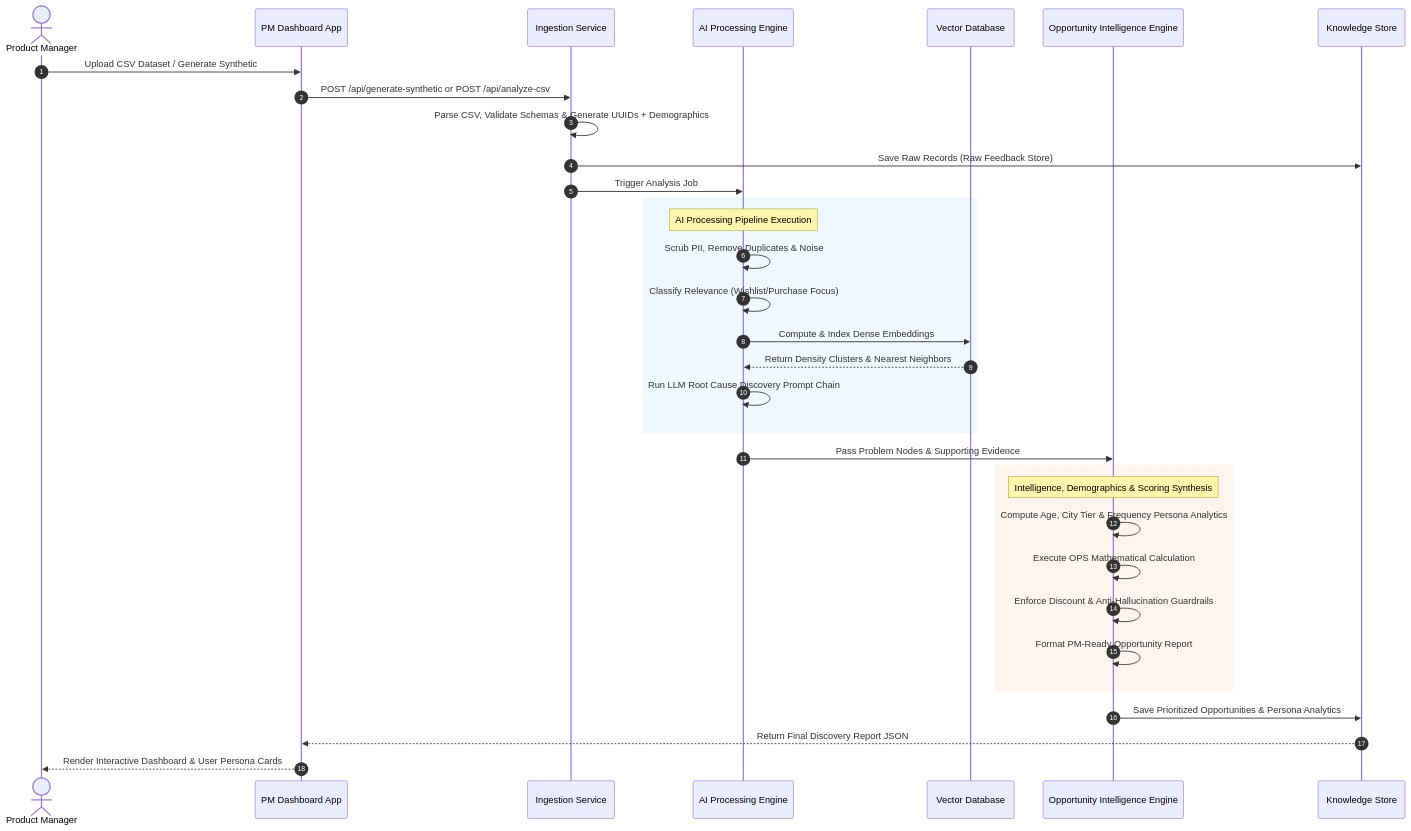
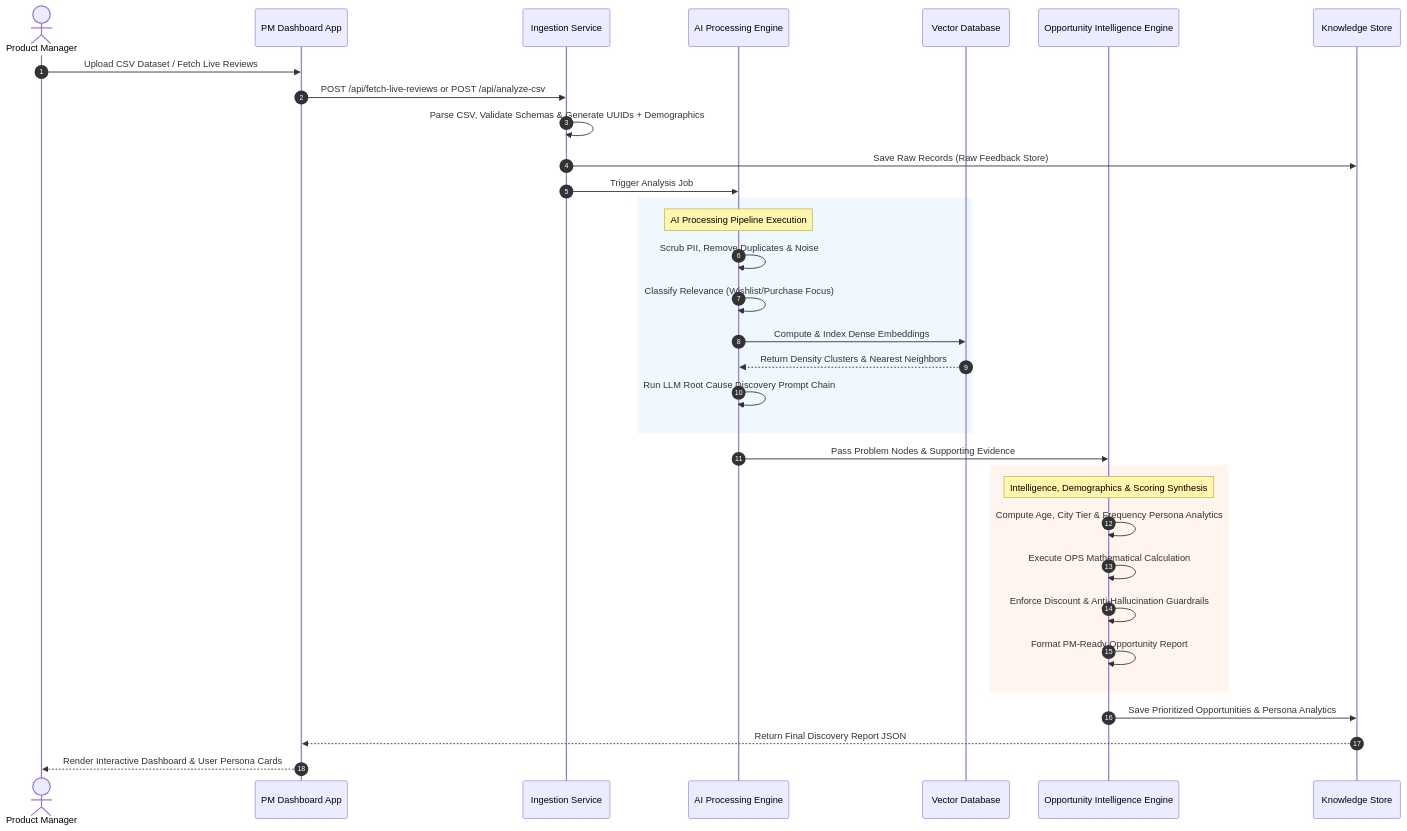
The fourth of 7 diagrams in architecture.md (Teja-Nimushakavi/AI-Powered-Discovery-Engine), drawn with Mermaid before and after one commit. The commit also changed other lines of this file and 16 other files, not shown here.

Commit message:
Replace synthetic generation with live multi-source web scraper

````diff
--- a/architecture.md
+++ b/architecture.md
@@ -229,40 +229,40 @@
 ```mermaid
 sequenceDiagram
     autonumber
     actor PM as Product Manager
     participant UI as PM Dashboard App
     participant Layer1 as Ingestion Service
     participant Layer2 as AI Processing Engine
     participant VectorDB as Vector Database
     participant Layer3 as Opportunity Intelligence Engine
     participant DB as Knowledge Store
 
-    PM->>UI: Upload CSV Dataset / Generate Synthetic
-    UI->>Layer1: POST /api/generate-synthetic or POST /api/analyze-csv
+    PM->>UI: Upload CSV Dataset / Fetch Live Reviews
+    UI->>Layer1: POST /api/fetch-live-reviews or POST /api/analyze-csv
     Layer1->>Layer1: Parse CSV, Validate Schemas & Generate UUIDs + Demographics
     Layer1->>DB: Save Raw Records (Raw Feedback Store)
     Layer1->>Layer2: Trigger Analysis Job
     
     rect rgb(240, 248, 255)
         note over Layer2: AI Processing Pipeline Execution
         Layer2->>Layer2: Scrub PII, Remove Duplicates & Noise
         Layer2->>Layer2: Classify Relevance (Wishlist/Purchase Focus)
         Layer2->>VectorDB: Compute & Index Dense Embeddings
         VectorDB-->>Layer2: Return Density Clusters & Nearest Neighbors
         Layer2->>Layer2: Run LLM Root Cause Discovery Prompt Chain
     end
 
     Layer2->>Layer3: Pass Problem Nodes & Supporting Evidence
     
     rect rgb(255, 245, 238)
         note over Layer3: Intelligence, Demographics & Scoring Synthesis
         Layer3->>Layer3: Compute Age, City Tier & Frequency Persona Analytics
         Layer3->>Layer3: Execute OPS Mathematical Calculation
         Layer3->>Layer3: Enforce Discount & Anti-Hallucination Guardrails
         Layer3->>Layer3: Format PM-Ready Opportunity Report
     end
 
     Layer3->>DB: Save Prioritized Opportunities & Persona Analytics
     DB-->>UI: Return Final Discovery Report JSON
     UI-->>PM: Render Interactive Dashboard & User Persona Cards
 ```
````
